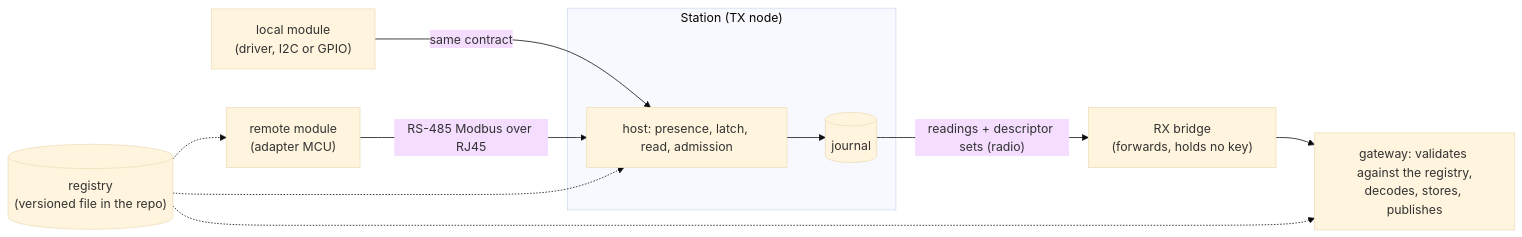
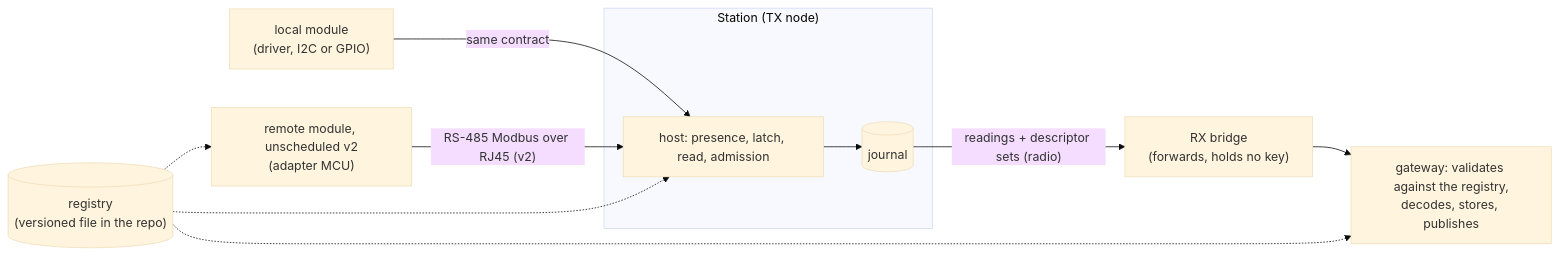
Before and after one commit to clintecker/weather-station-2026: the first of 6 diagrams in docs/module-protocol.md, drawn with Mermaid (base theme). The commit also changed other lines of this file and 303 other files, not shown here.

````diff
--- a/docs/module-protocol.md
+++ b/docs/module-protocol.md
@@ -46,15 +61,15 @@
 ```mermaid
 flowchart LR
   subgraph Station["Station (TX node)"]
     H["host: presence, latch, read, admission"]
     J[("journal")]
   end
   L1["local module<br/>(driver, I2C or GPIO)"] -- "same contract" --> H
-  R1["remote module<br/>(adapter MCU)"] -- "RS-485 Modbus over RJ45" --> H
+  R1["remote module, unscheduled v2<br/>(adapter MCU)"] -- "RS-485 Modbus over RJ45 (v2)" --> H
   H --> J
   J -- "readings + descriptor sets (radio)" --> RX["RX bridge<br/>(forwards, holds no key)"]
   RX --> G["gateway: validates against the registry,<br/>decodes, stores, publishes"]
   REG[("registry<br/>(versioned file in the repo)")] -.-> H
   REG -.-> G
   REG -.-> R1
 ```
````
